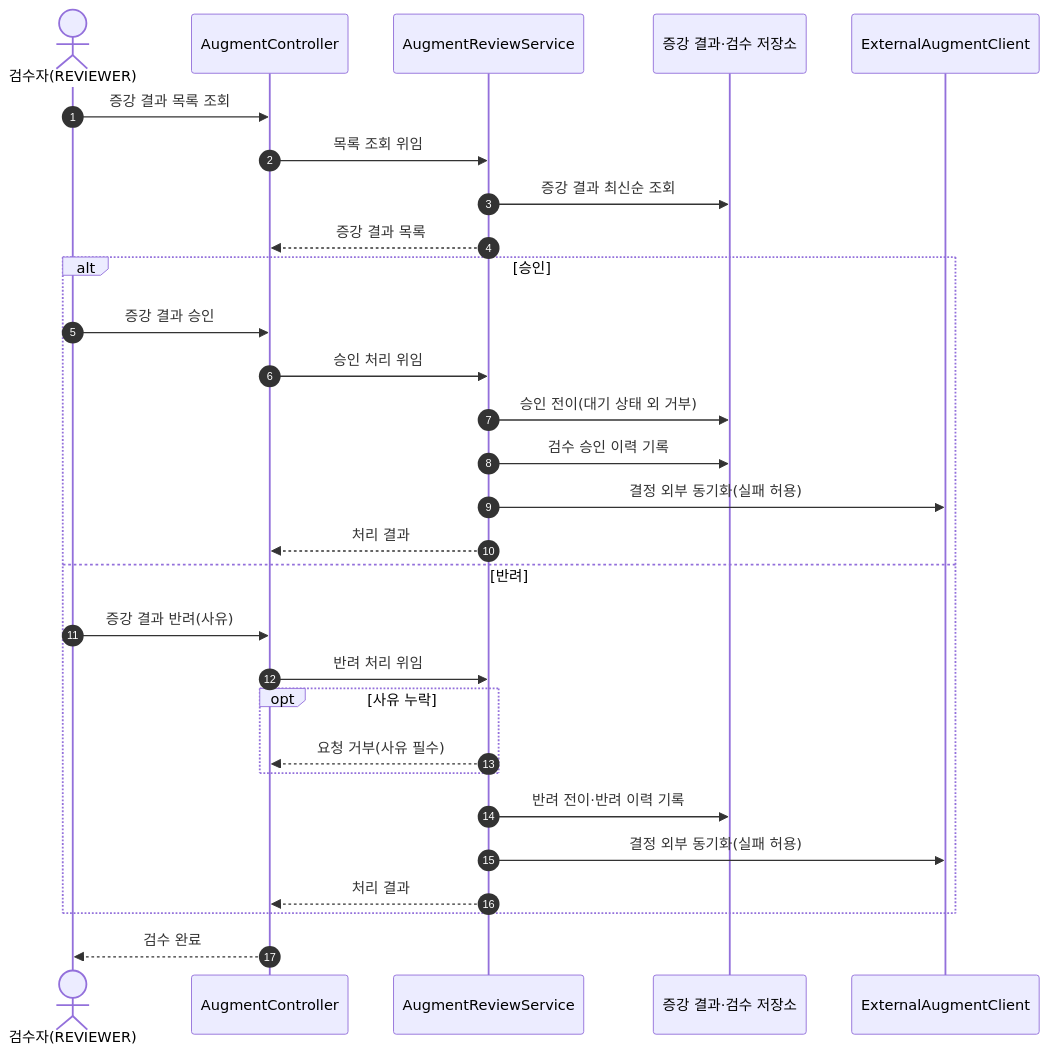
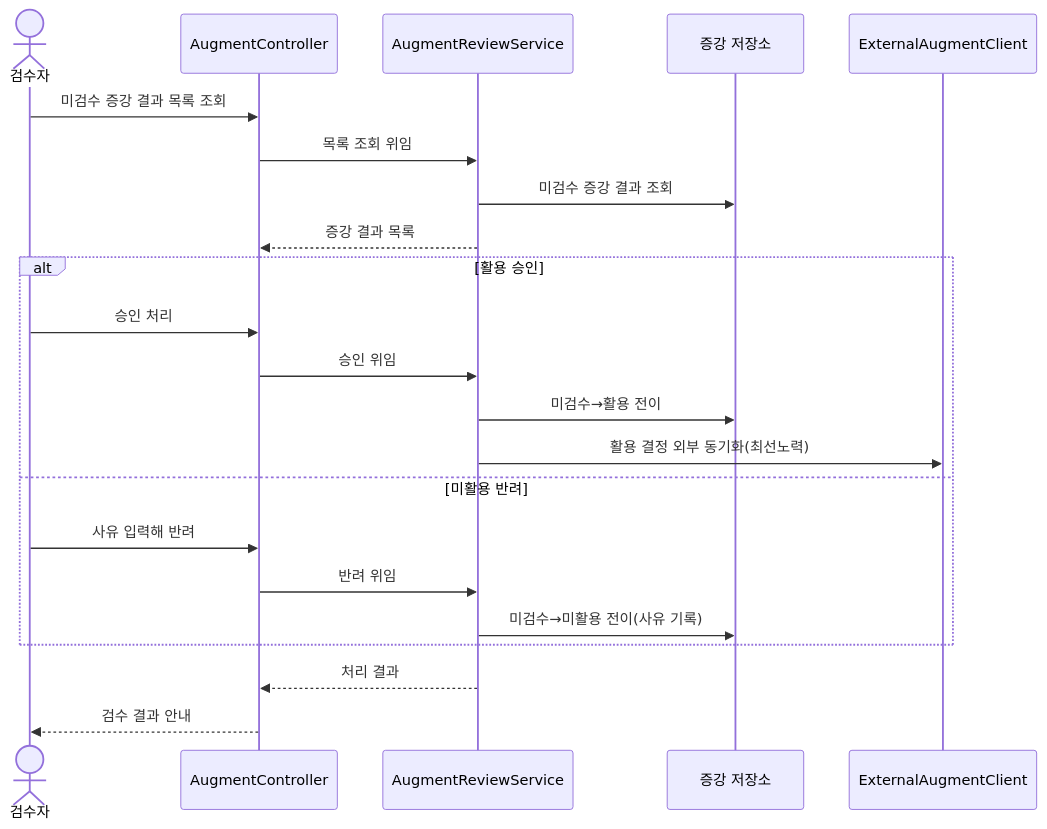
Before and after one commit to New-stella/klid-label: the tenth of 36 diagrams in docs/design/D1-클래스설계서.md, drawn with Mermaid. The commit also changed other lines of this file and 7 other files, not shown here.

````diff
--- a/docs/design/D1-클래스설계서.md
+++ b/docs/design/D1-클래스설계서.md
@@ -616,31 +482,24 @@
 ```mermaid
 sequenceDiagram
-    autonumber
-    actor RV as 검수자(REVIEWER)
-    participant AC as AugmentController
-    participant ARS as AugmentReviewService
-    participant DB as 증강 결과·검수 저장소
-    participant EX as ExternalAugmentClient
-    RV->>AC: 증강 결과 목록 조회
-    AC->>ARS: 목록 조회 위임
-    ARS->>DB: 증강 결과 최신순 조회
-    ARS-->>AC: 증강 결과 목록
-    alt 승인
-        RV->>AC: 증강 결과 승인
-        AC->>ARS: 승인 처리 위임
-        ARS->>DB: 승인 전이(대기 상태 외 거부)
-        ARS->>DB: 검수 승인 이력 기록
-        ARS->>EX: 결정 외부 동기화(실패 허용)
-        ARS-->>AC: 처리 결과
-    else 반려
-        RV->>AC: 증강 결과 반려(사유)
-        AC->>ARS: 반려 처리 위임
-        opt 사유 누락
-            ARS-->>AC: 요청 거부(사유 필수)
-        end
-        ARS->>DB: 반려 전이·반려 이력 기록
-        ARS->>EX: 결정 외부 동기화(실패 허용)
-        ARS-->>AC: 처리 결과
+    actor REVIEWER as 검수자
+    participant C as AugmentController
+    participant S as AugmentReviewService
+    participant A as 증강 저장소
+    participant E as ExternalAugmentClient
+    REVIEWER->>C: 미검수 증강 결과 목록 조회
+    C->>S: 목록 조회 위임
+    S->>A: 미검수 증강 결과 조회
+    S-->>C: 증강 결과 목록
+    alt 활용 승인
+        REVIEWER->>C: 승인 처리
+        C->>S: 승인 위임
+        S->>A: 미검수→활용 전이
+        S->>E: 활용 결정 외부 동기화(최선노력)
+    else 미활용 반려
+        REVIEWER->>C: 사유 입력해 반려
+        C->>S: 반려 위임
+        S->>A: 미검수→미활용 전이(사유 기록)
     end
-    AC-->>RV: 검수 완료
+    S-->>C: 처리 결과
+    C-->>REVIEWER: 검수 결과 안내
 ```
````
